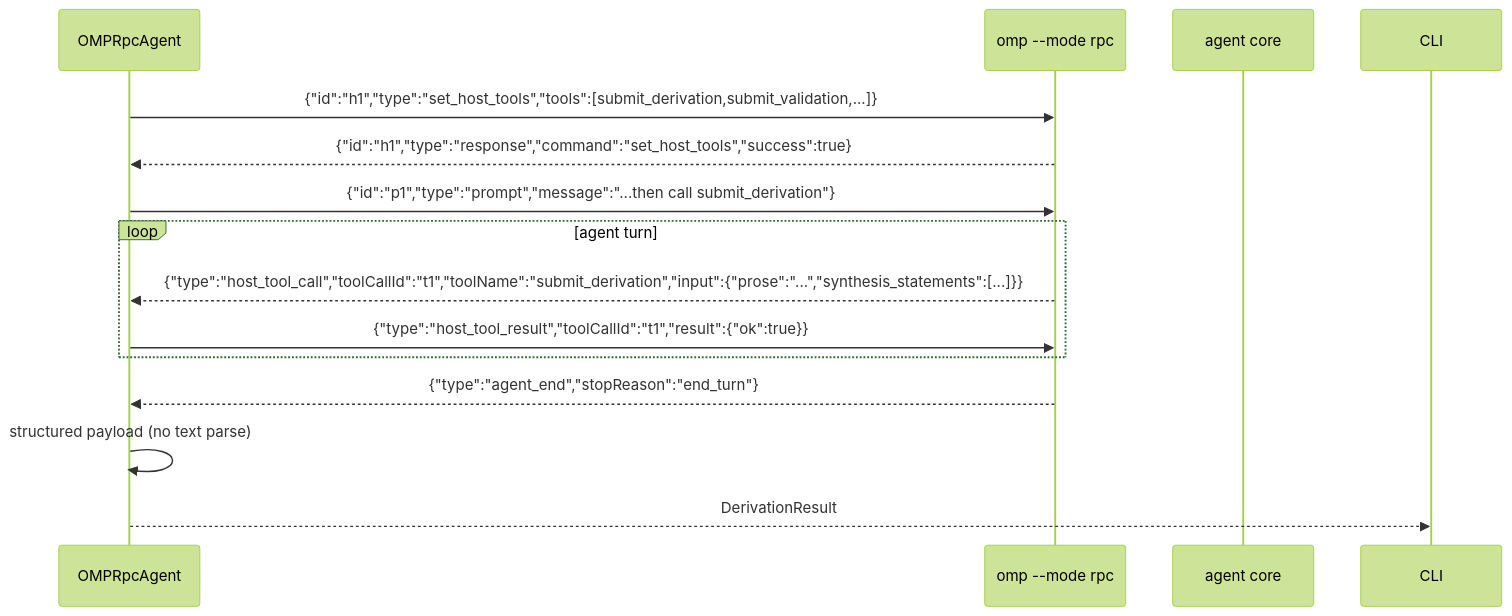
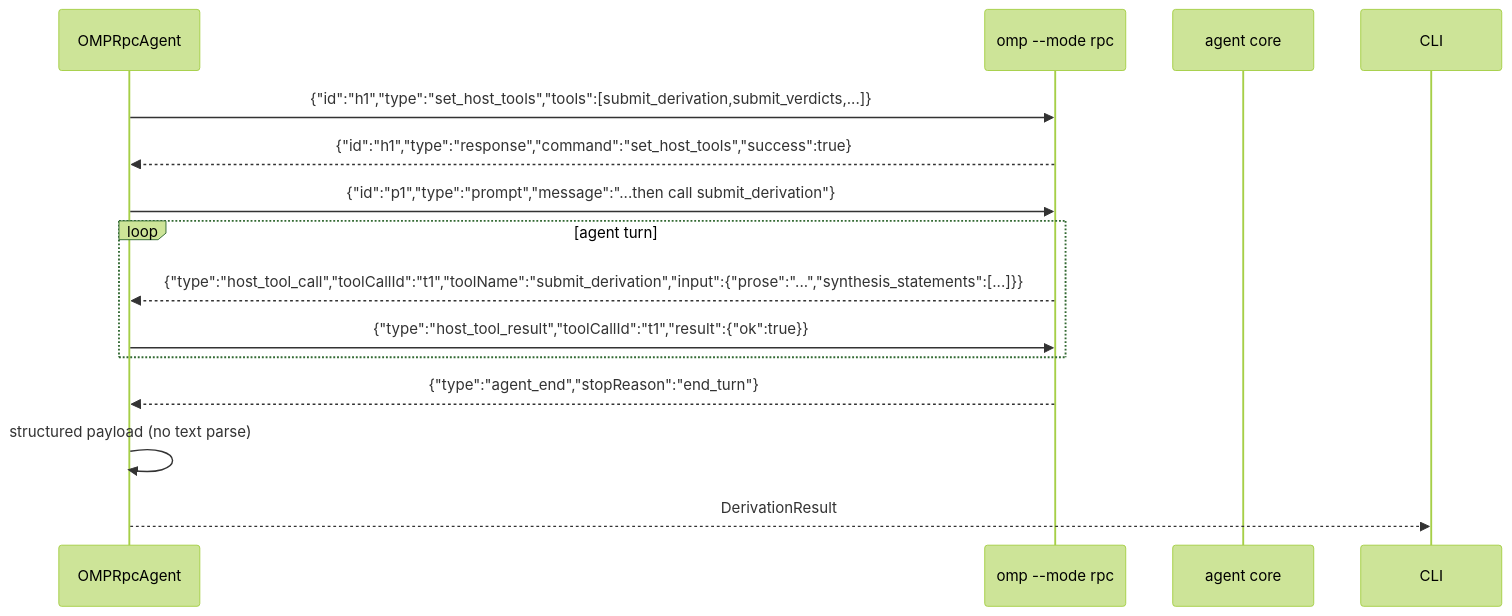
The second of 3 diagrams in docs/prd/agent-rpc-service.md (salvatorebottiglieri/memex), drawn with Mermaid (forest theme) before and after one commit. The commit also changed other lines of this file and 28 other files, not shown here.

````diff
--- a/docs/prd/agent-rpc-service.md
+++ b/docs/prd/agent-rpc-service.md
@@ -86,17 +86,17 @@
 ```mermaid
 sequenceDiagram
   participant RPC as OMPRpcAgent
   participant OMP as omp --mode rpc
   participant CORE as agent core
 
-  RPC->>OMP: {"id":"h1","type":"set_host_tools","tools":[submit_derivation,submit_validation,...]}
+  RPC->>OMP: {"id":"h1","type":"set_host_tools","tools":[submit_derivation,submit_verdicts,...]}
   OMP-->>RPC: {"id":"h1","type":"response","command":"set_host_tools","success":true}
   RPC->>OMP: {"id":"p1","type":"prompt","message":"...then call submit_derivation"}
   loop agent turn
     OMP-->>RPC: {"type":"host_tool_call","toolCallId":"t1","toolName":"submit_derivation","input":{"prose":"...","synthesis_statements":[...]}}
     RPC->>OMP: {"type":"host_tool_result","toolCallId":"t1","result":{"ok":true}}
   end
   OMP-->>RPC: {"type":"agent_end","stopReason":"end_turn"}
   RPC->>RPC: structured payload (no text parse)
   RPC-->>CLI: DerivationResult
 ```
````
